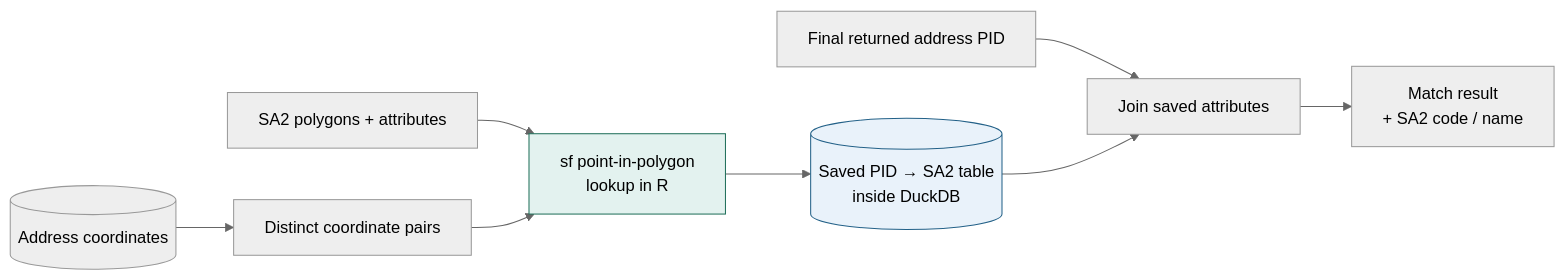
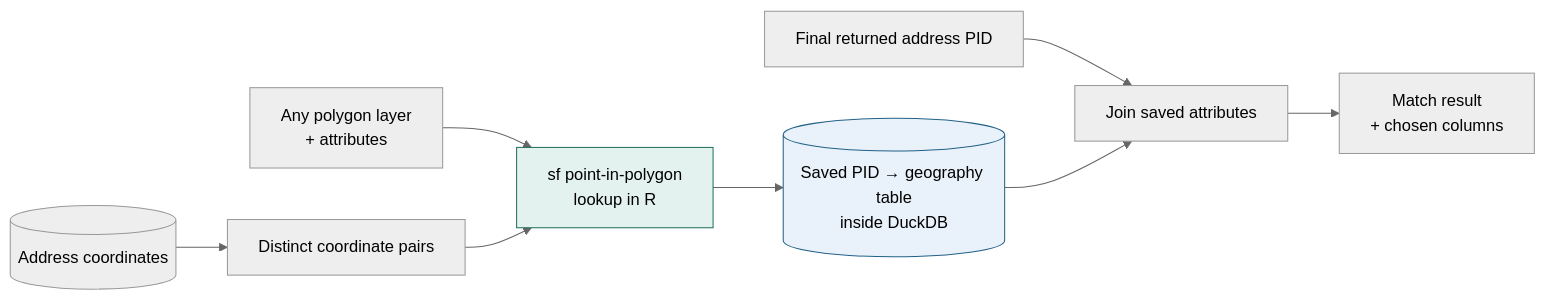
Before and after one commit to KyleHaynes/gnafr: the fifth of 5 diagrams in slides/gnafr-overview.qmd, drawn with Mermaid (neutral theme). The commit also changed other lines of this file and 3 other files, not shown here.

````diff
--- a/slides/gnafr-overview.qmd
+++ b/slides/gnafr-overview.qmd
@@ -777,16 +777,16 @@
 ```{mermaid}
 %%| eval: true
 %%| echo: false
 %%| fig-height: 3.8
 %%| fig-width: 13
 %%{init: {'flowchart': {'htmlLabels': false}}}%%
 flowchart LR
   A[("Address coordinates")] --> B["Distinct coordinate pairs"]
-  P["SA2 polygons + attributes"] --> C["sf point-in-polygon<br/>lookup in R"]
+  P["Any polygon layer<br/>+ attributes"] --> C["sf point-in-polygon<br/>lookup in R"]
   B --> C
-  C --> D[("Saved PID → SA2 table<br/>inside DuckDB")]
+  C --> D[("Saved PID → geography table<br/>inside DuckDB")]
   M["Final returned address PID"] --> J["Join saved attributes"]
-  D --> J --> R["Match result<br/>+ SA2 code / name"]
+  D --> J --> R["Match result<br/>+ chosen columns"]
   style C fill:#e3f2ef,stroke:#21705b
   style D fill:#e9f2fa,stroke:#236188
 ```
````
